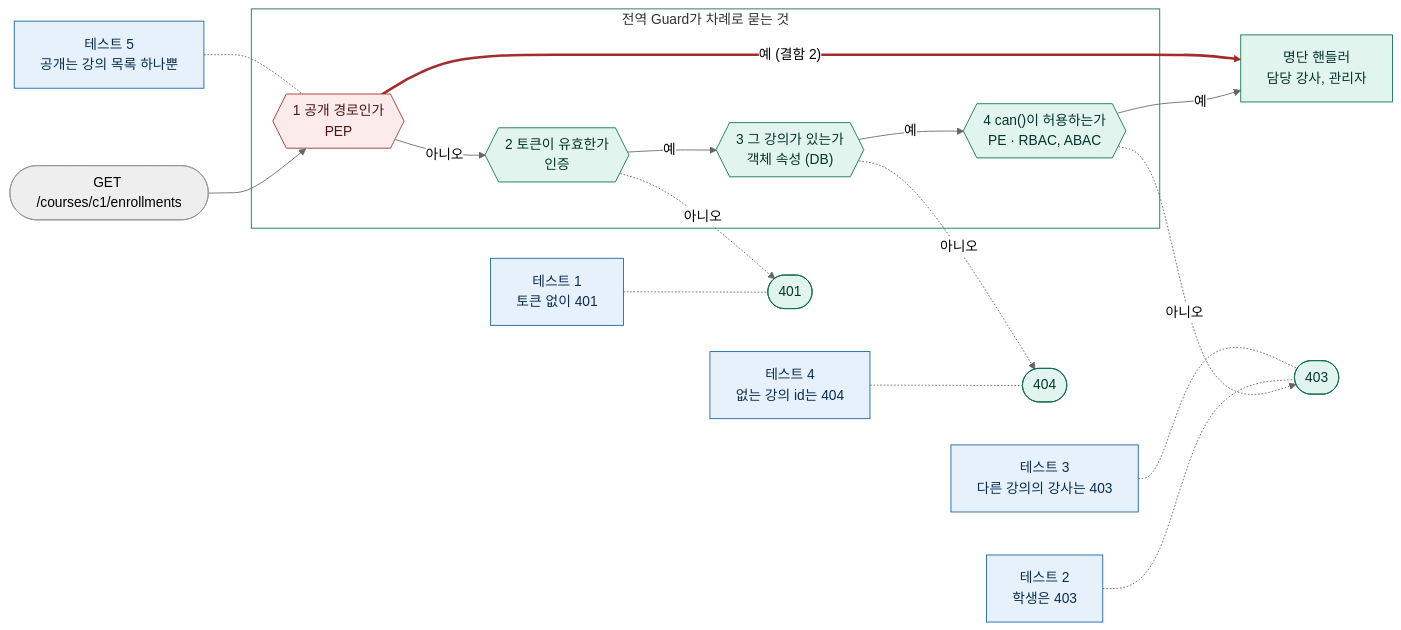
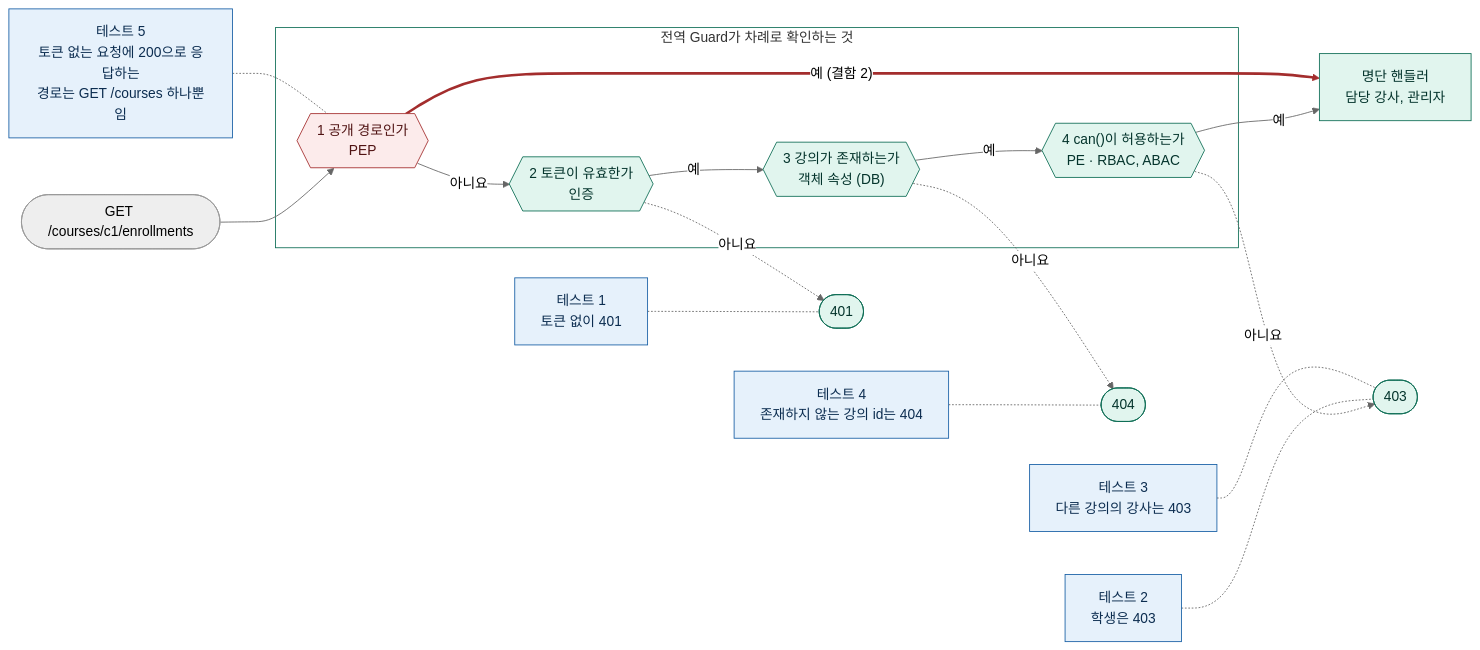
The second of 4 diagrams in docs/diagnosis/defect-2.md (loquemedalagana/secure-enroll-demo), drawn with Mermaid (neutral theme) before and after one commit. The commit also changed other lines of this file, not shown here.

Commit message:
docs: 결함 2 보고서 그림의 글자를 본문과 테스트 이름에 맞춤
Guard 상자는 결함 1 보고서의 그림과 같은 '토큰 확인', '권한 확인 · can()'으로,
테두리 제목의 '묻는 것'은 본문이 쓰는 '확인하는 것'으로 고쳤다.
테스트 4와 5의 상자는 courses.test.mjs의 지금 테스트 이름으로 맞췄다.
'그 강의가 있는가'는 '강의가 존재하는가'로, '의도한 공개'는 '의도한 공개 경로'로,
화살표의 '아니오'는 '아니요'로 고쳤다.

````diff
--- a/docs/diagnosis/defect-2.md
+++ b/docs/diagnosis/defect-2.md
@@ -181,35 +181,35 @@
 ```mermaid
 flowchart LR
   req(["GET /courses/c1/enrollments"])
 
-  subgraph guard["전역 Guard가 차례로 묻는 것"]
+  subgraph guard["전역 Guard가 차례로 확인하는 것"]
     s1{{"1 공개 경로인가<br/>PEP"}}
     s2{{"2 토큰이 유효한가<br/>인증"}}
-    s3{{"3 그 강의가 있는가<br/>객체 속성 (DB)"}}
+    s3{{"3 강의가 존재하는가<br/>객체 속성 (DB)"}}
     s4{{"4 can()이 허용하는가<br/>PE · RBAC, ABAC"}}
-    s1 -- "아니오" --> s2 -- "예" --> s3 -- "예" --> s4
+    s1 -- "아니요" --> s2 -- "예" --> s3 -- "예" --> s4
   end
 
   req --> s1
   s4 -- "예" --> h["명단 핸들러<br/>담당 강사, 관리자"]
-  s2 -. "아니오" .-> r401(["401"])
-  s3 -. "아니오" .-> r404(["404"])
-  s4 -. "아니오" .-> r403(["403"])
+  s2 -. "아니요" .-> r401(["401"])
+  s3 -. "아니요" .-> r404(["404"])
+  s4 -. "아니요" .-> r403(["403"])
   s1 == "예 (결함 2)" ==> h
 
-  t5["테스트 5<br/>공개는 강의 목록 하나뿐"] -.- s1
+  t5["테스트 5<br/>토큰 없는 요청에 200으로 응답하는<br/>경로는 GET /courses 하나뿐임"] -.- s1
   t1["테스트 1<br/>토큰 없이 401"] -.- r401
-  t4["테스트 4<br/>없는 강의 id는 404"] -.- r404
+  t4["테스트 4<br/>존재하지 않는 강의 id는 404"] -.- r404
   t2["테스트 2<br/>학생은 403"] -.- r403
   t3["테스트 3<br/>다른 강의의 강사는 403"] -.- r403
 
   classDef safe fill:#E1F5EE,stroke:#0F6E56,color:#04342C
   classDef danger fill:#FCEBEB,stroke:#A32D2D,color:#501313
   classDef check fill:#FAEEDA,stroke:#854F0B,color:#412402
   classDef test fill:#E6F1FB,stroke:#185FA5,color:#0C2D50
   class s2,s3,s4,r401,r404,r403,h safe
   class s1 danger
   class t1,t2,t3,t4,t5 test
   style guard fill:none,stroke:#0F6E56
   linkStyle 8 stroke:#A32D2D,stroke-width:3px
 ```
````
